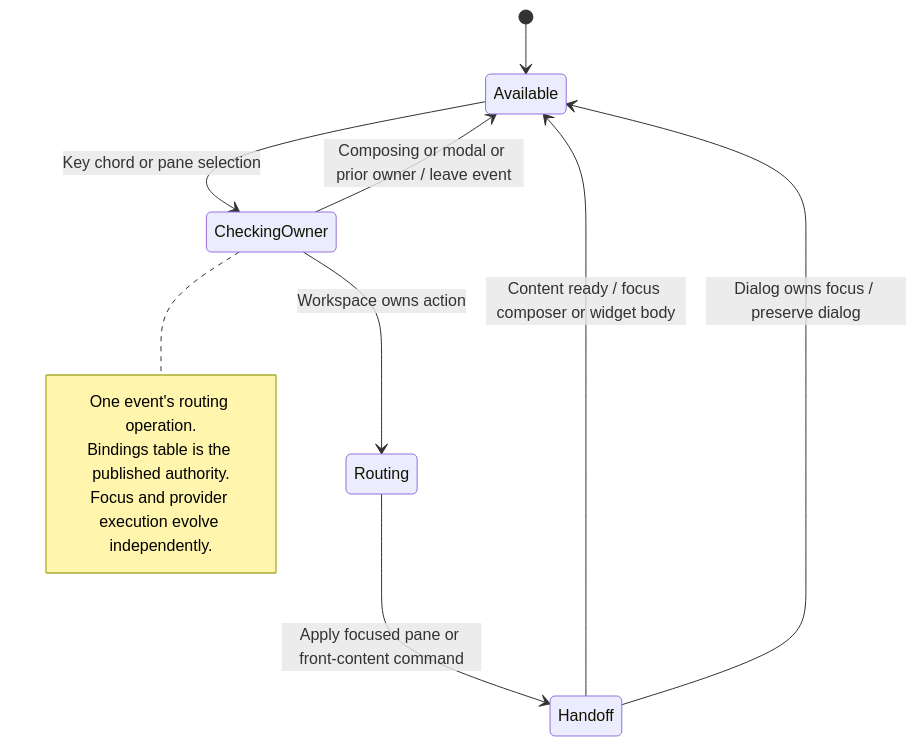
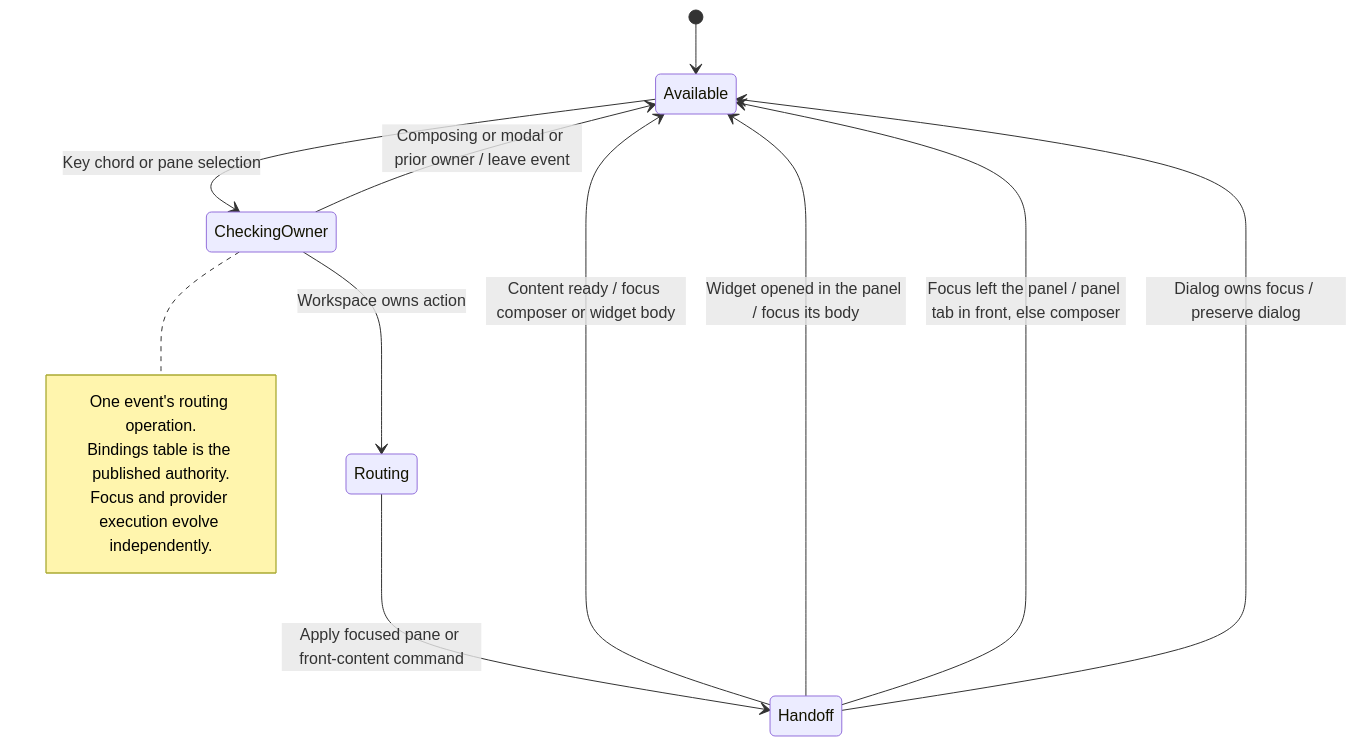
Before and after one commit to nessalabs/nessa-agent: the diagram in docs/state/services/desktop/workspace/follow-focus-and-route-keyboard-actions.md, drawn with Mermaid. The commit also changed other lines of this file and 108 other files, not shown here.

````diff
--- a/docs/state/services/desktop/workspace/follow-focus-and-route-keyboard-actions.md
+++ b/docs/state/services/desktop/workspace/follow-focus-and-route-keyboard-actions.md
@@ -26,15 +28,17 @@
 ```mermaid
 stateDiagram-v2
     [*] --> Available
     Available --> CheckingOwner: Key chord or pane selection
     CheckingOwner --> Available: Composing or modal or prior owner / leave event
     CheckingOwner --> Routing: Workspace owns action
     Routing --> Handoff: Apply focused pane or front-content command
     Handoff --> Available: Content ready / focus composer or widget body
+    Handoff --> Available: Widget opened in the panel / focus its body
+    Handoff --> Available: Focus left the panel / panel tab in front, else composer
     Handoff --> Available: Dialog owns focus / preserve dialog
     note right of CheckingOwner
         One event's routing operation.
         Bindings table is the published authority.
         Focus and provider execution evolve independently.
     end note
 ```
````
